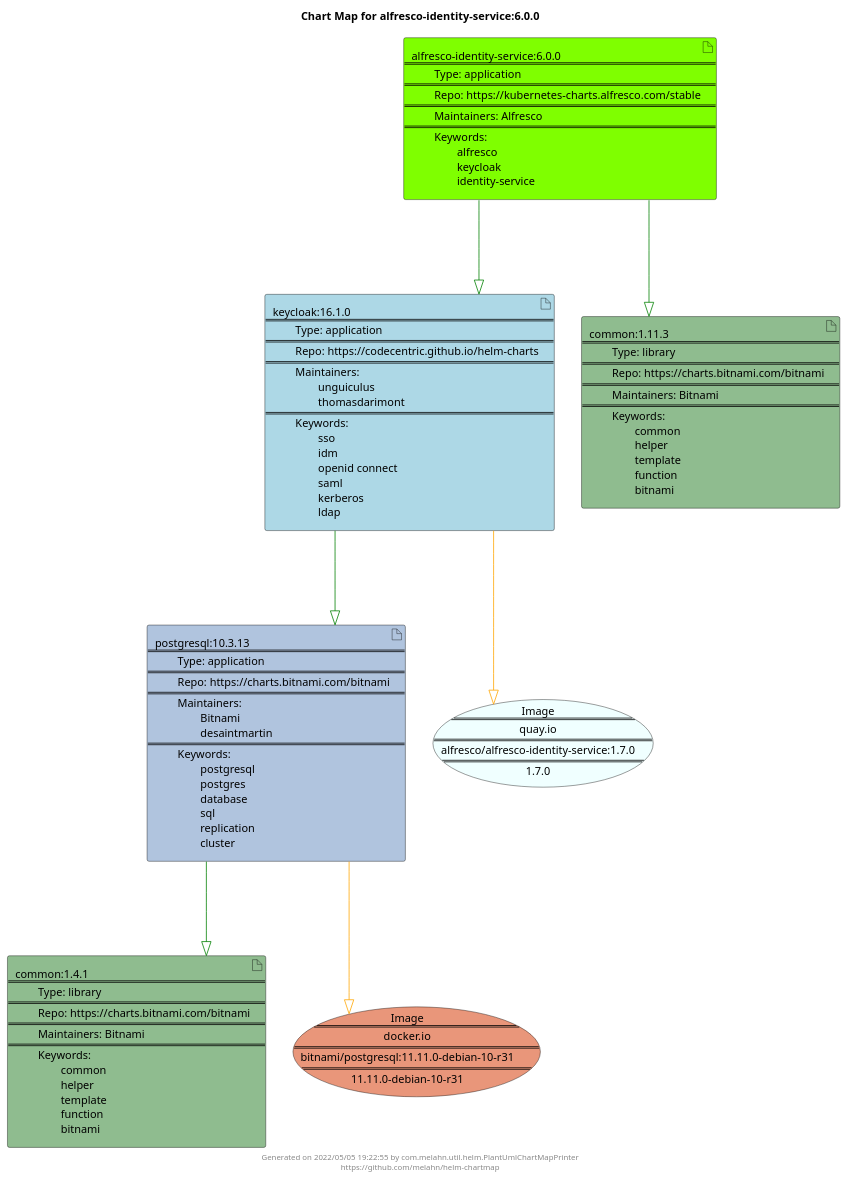
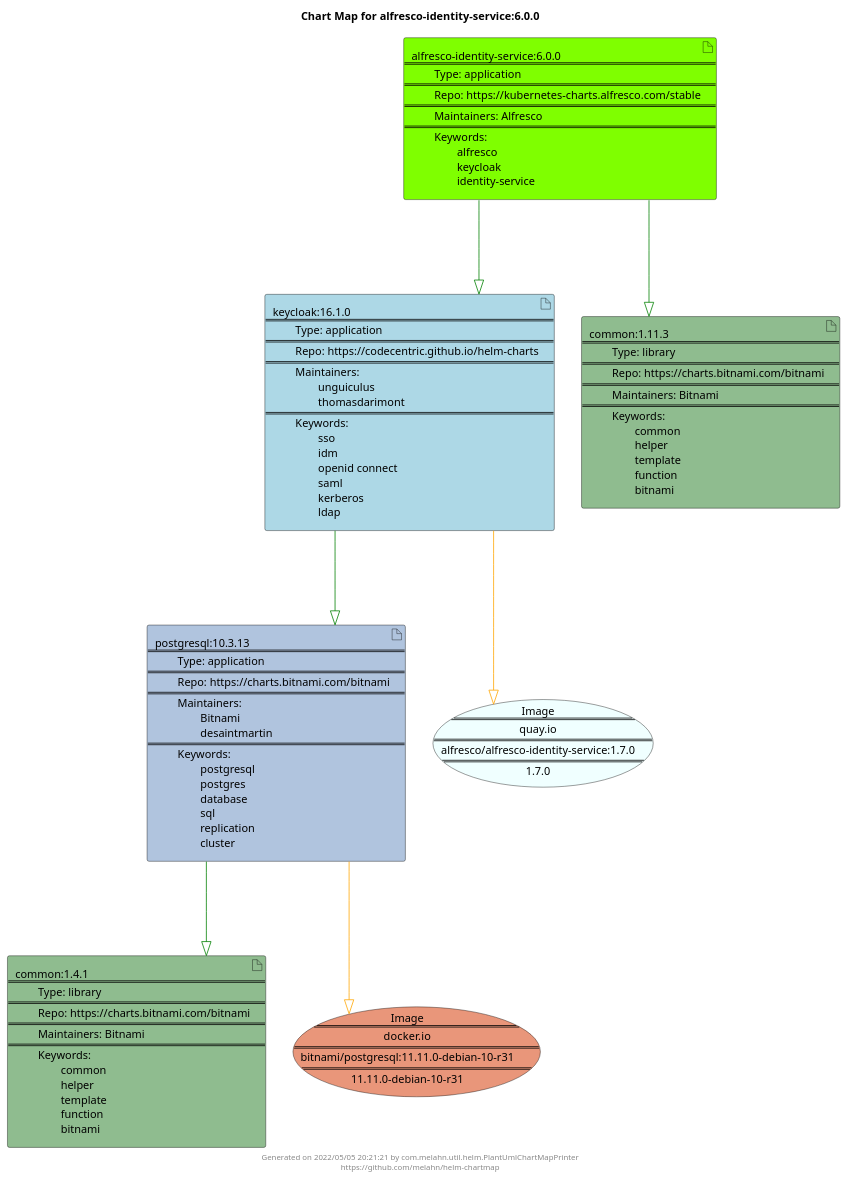
The diagram in docs/alfresco-identity-service/alfresco-identity-service-6.0.0.puml (melahn/helm-chartmap), drawn with PlantUML before and after one commit. The commit also changed 64 other files, not shown here.

Commit message:
Update Example Chart Maps as part of GitHub build

```diff
--- a/docs/alfresco-identity-service/alfresco-identity-service-6.0.0.puml
+++ b/docs/alfresco-identity-service/alfresco-identity-service-6.0.0.puml
@@ -1,31 +1,31 @@
 @startuml
 skinparam linetype ortho
 skinparam backgroundColor white
 skinparam usecaseBorderColor black
 skinparam usecaseArrowColor LightSlateGray
 skinparam artifactBorderColor black
 skinparam artifactArrowColor LightSlateGray
 
 title Chart Map for alfresco-identity-service:6.0.0
 
 'There are 5 referenced Helm Charts
 artifact "common:1.4.1\n====\n\tType: library\n====\n\tRepo: https://charts.bitnami.com/bitnami\n====\n\tMaintainers: Bitnami\n====\n\tKeywords: \n\t\tcommon\n\t\thelper\n\t\ttemplate\n\t\tfunction\n\t\tbitnami" as common_1_4_1 #DarkSeaGreen
 artifact "keycloak:16.1.0\n====\n\tType: application\n====\n\tRepo: https://codecentric.github.io/helm-charts\n====\n\tMaintainers: \n\t\tunguiculus\n\t\tthomasdarimont\n====\n\tKeywords: \n\t\tsso\n\t\tidm\n\t\topenid connect\n\t\tsaml\n\t\tkerberos\n\t\tldap" as keycloak_16_1_0 #LightBlue
 artifact "postgresql:10.3.13\n====\n\tType: application\n====\n\tRepo: https://charts.bitnami.com/bitnami\n====\n\tMaintainers: \n\t\tBitnami\n\t\tdesaintmartin\n====\n\tKeywords: \n\t\tpostgresql\n\t\tpostgres\n\t\tdatabase\n\t\tsql\n\t\treplication\n\t\tcluster" as postgresql_10_3_13 #LightSteelBlue
 artifact "alfresco-identity-service:6.0.0\n====\n\tType: application\n====\n\tRepo: https://kubernetes-charts.alfresco.com/stable\n====\n\tMaintainers: Alfresco\n====\n\tKeywords: \n\t\talfresco\n\t\tkeycloak\n\t\tidentity-service" as alfresco_identity_service_6_0_0 #Chartreuse
 artifact "common:1.11.3\n====\n\tType: library\n====\n\tRepo: https://charts.bitnami.com/bitnami\n====\n\tMaintainers: Bitnami\n====\n\tKeywords: \n\t\tcommon\n\t\thelper\n\t\ttemplate\n\t\tfunction\n\t\tbitnami" as common_1_11_3 #DarkSeaGreen
 
 'There are 2 referenced Docker Images
 usecase "Image\n====\nquay.io\n====\nalfresco/alfresco-identity-service:1.7.0\n====\n1.7.0" as quay_io_alfresco_alfresco_identity_service_1_7_0 #Azure
 usecase "Image\n====\ndocker.io\n====\nbitnami/postgresql:11.11.0-debian-10-r31\n====\n11.11.0-debian-10-r31" as docker_io_bitnami_postgresql_11_11_0_debian_10_r31 #DarkSalmon
 
 'Chart Dependencies
 alfresco_identity_service_6_0_0--[#green]-|>common_1_11_3
 alfresco_identity_service_6_0_0--[#green]-|>keycloak_16_1_0
 keycloak_16_1_0--[#green]-|>postgresql_10_3_13
 postgresql_10_3_13--[#green]-|>common_1_4_1
 keycloak_16_1_0--[#orange]-|>quay_io_alfresco_alfresco_identity_service_1_7_0
 postgresql_10_3_13--[#orange]-|>docker_io_bitnami_postgresql_11_11_0_debian_10_r31
 
-center footer Generated on 2022/05/05 19:22:55 by com.melahn.util.helm.PlantUmlChartMapPrinter\nhttps://github.com/melahn/helm-chartmap
+center footer Generated on 2022/05/05 20:21:21 by com.melahn.util.helm.PlantUmlChartMapPrinter\nhttps://github.com/melahn/helm-chartmap
 @enduml
```
